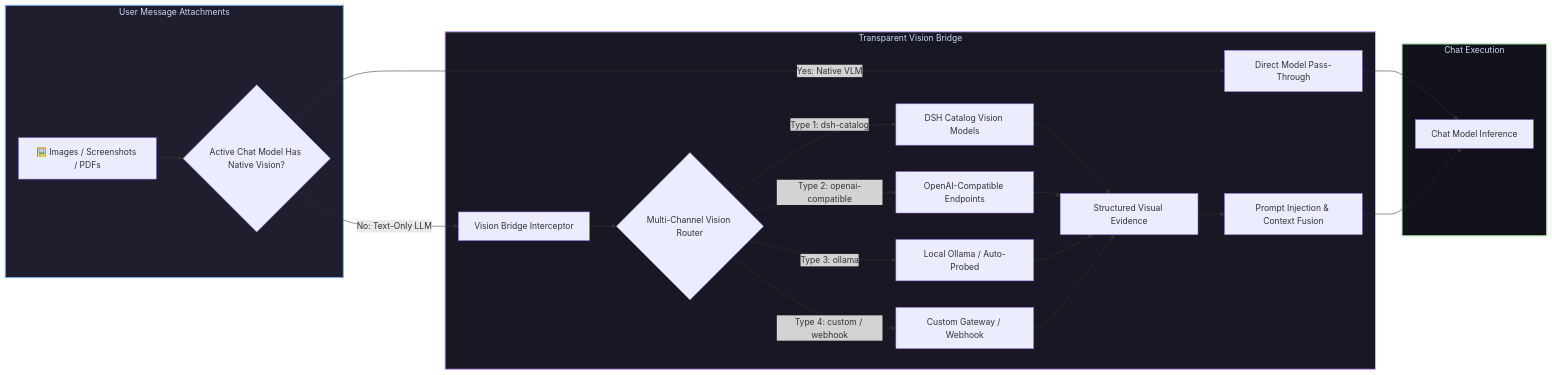
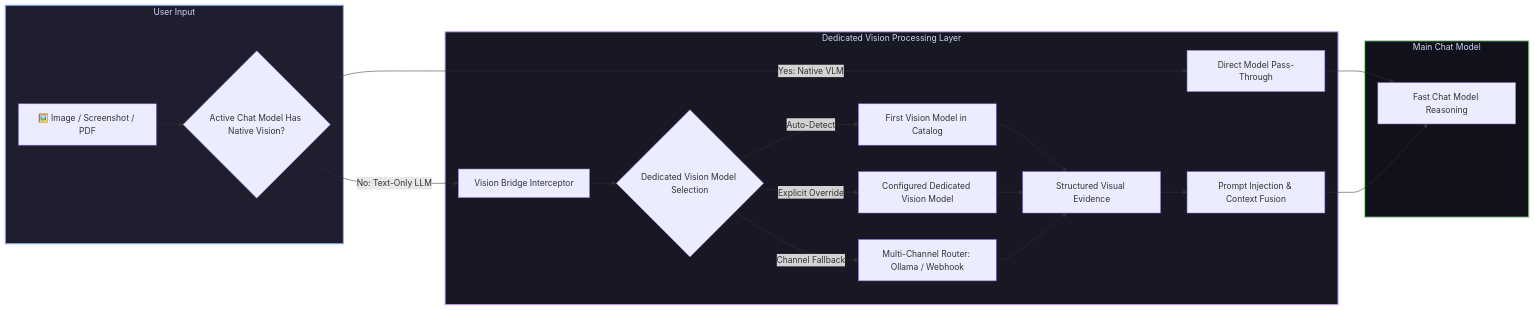
Before and after one commit to GooDAnDReaDY/dsh-vision-bridge: the diagram in README.md, drawn with Mermaid. The commit also changed other lines of this file and 2 other files, not shown here.

Commit message:
docs: add dedicated vision model selection and operating modes section to dsh-vision-bridge

````diff
--- a/README.md
+++ b/README.md
@@ -32,30 +33,28 @@
 ```mermaid
 graph LR
-    subgraph Input [User Message Attachments]
-        Attach[🖼️ Images / Screenshots / PDFs] --> Check{Active Chat Model Has Native Vision?}
+    subgraph UserTurn [User Input]
+        Attach[🖼️ Image / Screenshot / PDF] --> Check{Active Chat Model Has Native Vision?}
     end
 
-    subgraph Transparent [Transparent Vision Bridge]
+    subgraph DedicatedVision [Dedicated Vision Processing Layer]
         Check -->|Yes: Native VLM| Pass[Direct Model Pass-Through]
         Check -->|No: Text-Only LLM| Interceptor[Vision Bridge Interceptor]
-        Interceptor --> VisionRouter{Multi-Channel Vision Router}
-        VisionRouter -->|Type 1: dsh-catalog| C1[DSH Catalog Vision Models]
-        VisionRouter -->|Type 2: openai-compatible| C2[OpenAI-Compatible Endpoints]
-        VisionRouter -->|Type 3: ollama| C3[Local Ollama / Auto-Probed]
-        VisionRouter -->|Type 4: custom / webhook| C4[Custom Gateway / Webhook]
-        C1 --> Structured[Structured Visual Evidence]
-        C2 --> Structured
-        C3 --> Structured
-        C4 --> Structured
+        Interceptor --> Pick{Dedicated Vision Model Selection}
+        Pick -->|Auto-Detect| AutoVLM[First Vision Model in Catalog]
+        Pick -->|Explicit Override| UserVLM[Configured Dedicated Vision Model]
+        Pick -->|Channel Fallback| Channels[Multi-Channel Router: Ollama / Webhook]
+        AutoVLM --> Structured[Structured Visual Evidence]
+        UserVLM --> Structured
+        Channels --> Structured
         Structured --> Fuse[Prompt Injection & Context Fusion]
     end
 
-    subgraph Execution [Chat Execution]
-        Pass --> LLM[Chat Model Inference]
+    subgraph ChatLLM [Main Chat Model]
+        Pass --> LLM[Fast Chat Model Reasoning]
         Fuse --> LLM
     end
 
-    style Input fill:#1e1e2e,stroke:#89b4fa,stroke-width:2px,color:#cdd6f4
-    style Transparent fill:#181825,stroke:#cba6f7,stroke-width:2px,color:#cdd6f4
-    style Execution fill:#11111b,stroke:#a6e3a1,stroke-width:2px,color:#cdd6f4
+    style UserTurn fill:#1e1e2e,stroke:#89b4fa,stroke-width:2px,color:#cdd6f4
+    style DedicatedVision fill:#181825,stroke:#cba6f7,stroke-width:2px,color:#cdd6f4
+    style ChatLLM fill:#11111b,stroke:#a6e3a1,stroke-width:2px,color:#cdd6f4
 ```
````
